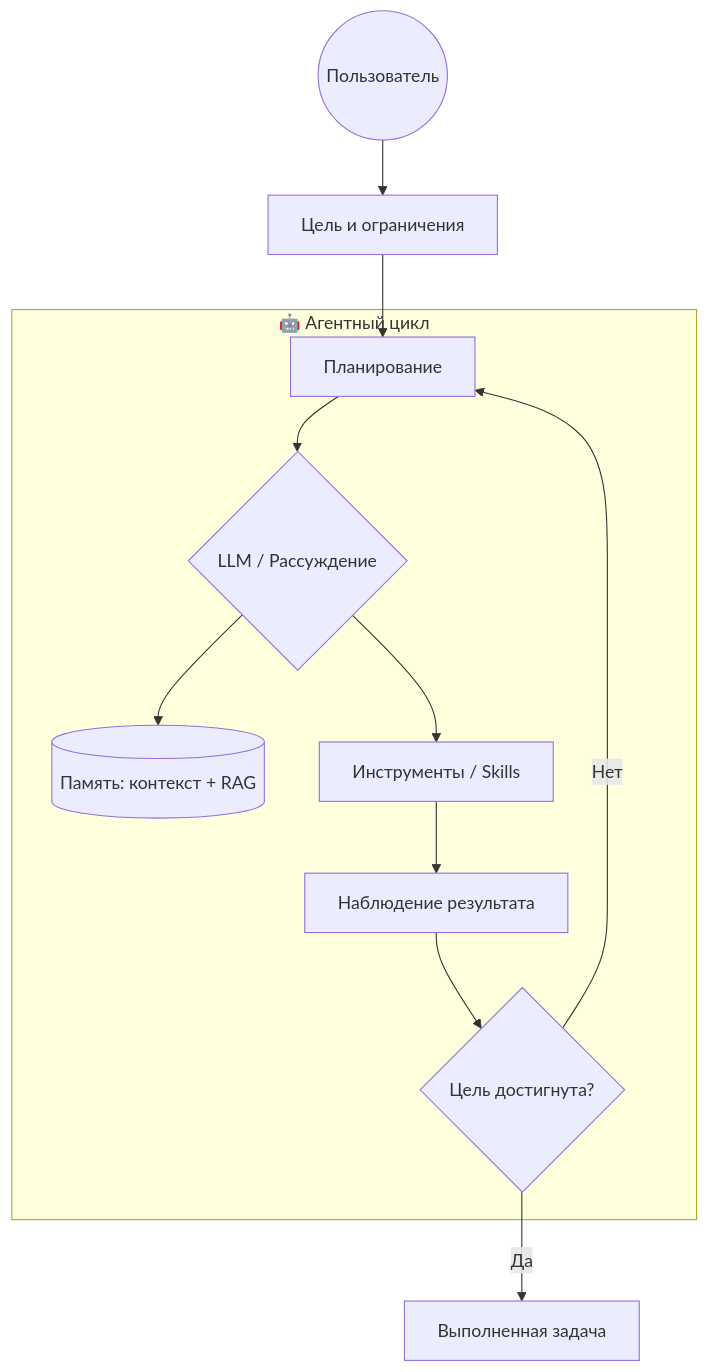
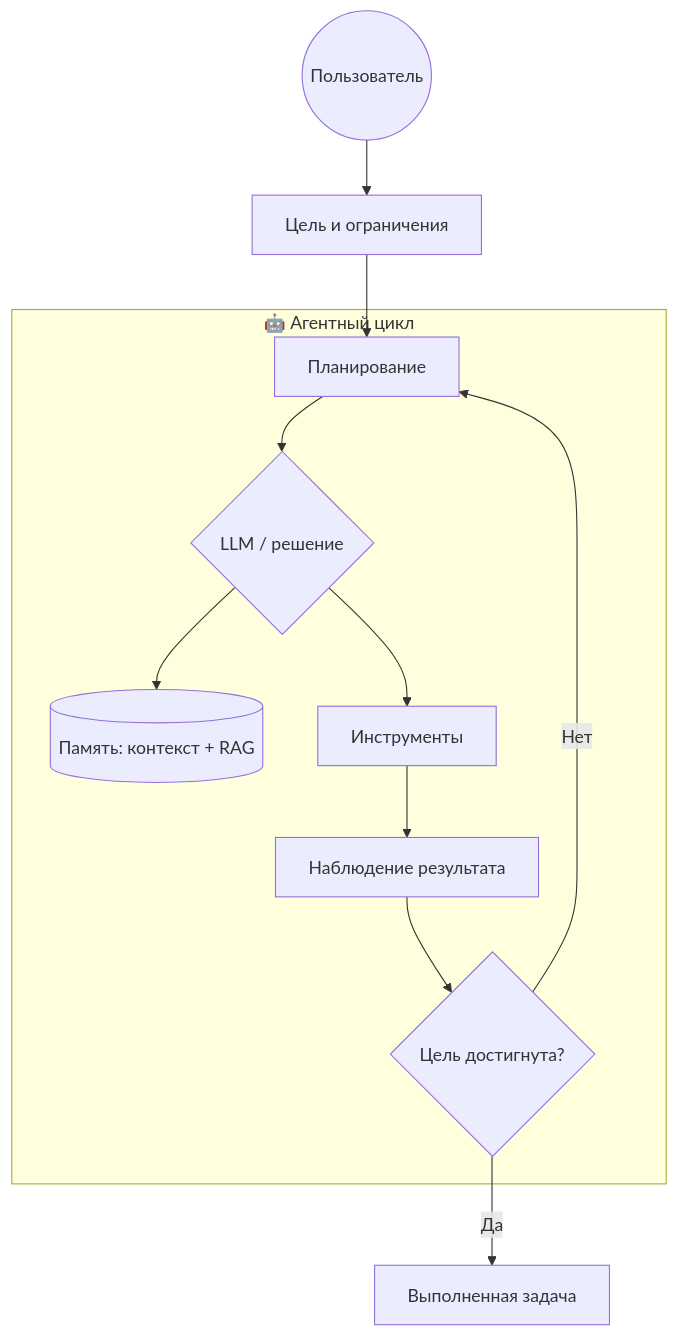
The diagram in content/03. Конструктор Агентов/Агентные Системы/Анатомия Агента.md (sidan93/ai), drawn with Mermaid before and after one commit. The commit also changed other lines of this file and 82 other files, not shown here.

````diff
--- a/content/03. Конструктор Агентов/Агентные Системы/Анатомия Агента.md
+++ b/content/03. Конструктор Агентов/Агентные Системы/Анатомия Агента.md
@@ -63,21 +65,21 @@
 ```mermaid
 graph TD
     User((Пользователь)) --> Goal[Цель и ограничения]
     Goal --> Planner[Планирование]
-    Planner --> Brain{LLM / Рассуждение}
+    Planner --> Brain{LLM / решение}
     Brain --> Memory[(Память: контекст + RAG)]
-    Brain --> Tools[Инструменты / Skills]
+    Brain --> Tools[Инструменты]
     Tools --> Observation[Наблюдение результата]
     Observation --> Evaluate{Цель достигнута?}
     Evaluate -- Нет --> Planner
     Evaluate -- Да --> Final[Выполненная задача]
 
     subgraph Agent [🤖 Агентный цикл]
       Planner
       Brain
       Memory
       Tools
       Observation
       Evaluate
     end
 ```
````
